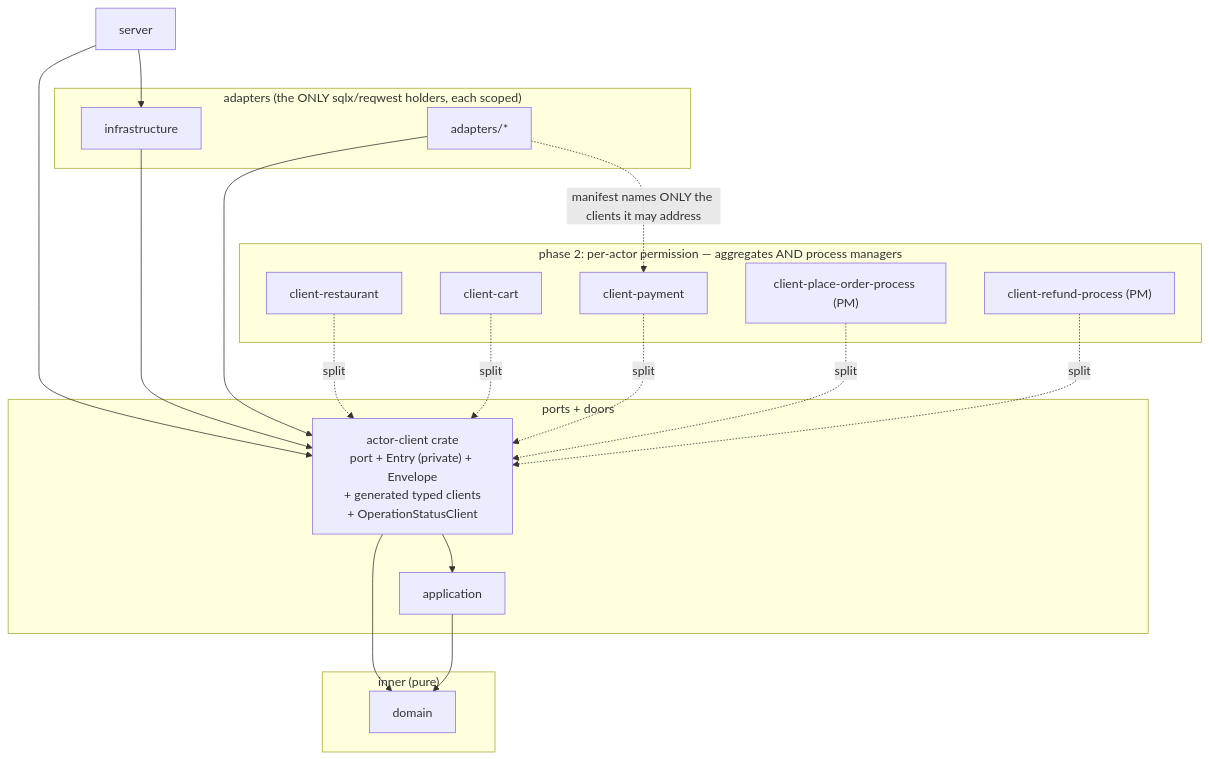
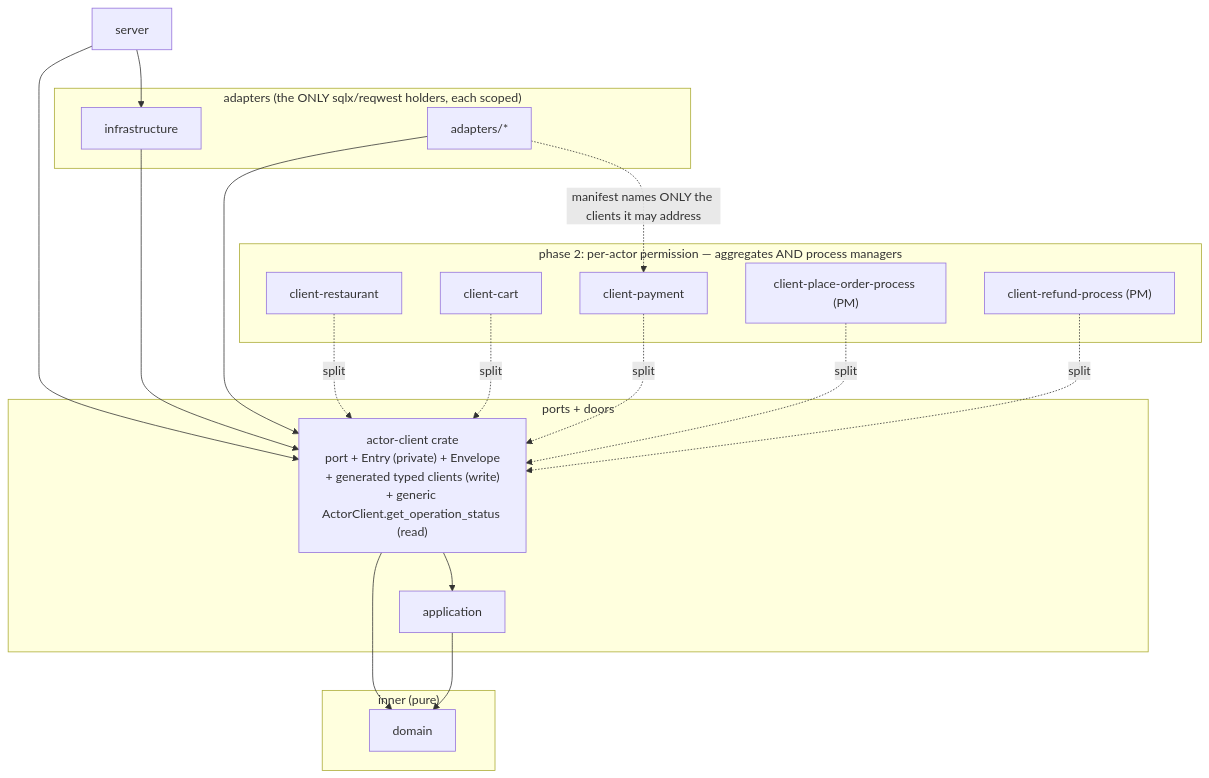
Before and after one commit to TheCaptainCompany/captain-food: the first of 2 diagrams in docs/proposals/PROP-20260802-130500-isolation-by-construction.md, drawn with Mermaid. The commit also changed other lines of this file and 2 other files, not shown here.

First line of the commit message:
docs: the read door is the generic ActorClient.get_operation_status — no separate status client, and not per-actor (#295)

````diff
--- a/docs/proposals/PROP-20260802-130500-isolation-by-construction.md
+++ b/docs/proposals/PROP-20260802-130500-isolation-by-construction.md
@@ -79,25 +79,25 @@
 ```mermaid
 graph TD
     subgraph "inner (pure)"
         domain
     end
     subgraph "ports + doors"
         application --> domain
-        AC["actor-client crate<br/>port + Entry (private) + Envelope<br/>+ generated typed clients<br/>+ OperationStatusClient"] --> domain
+        AC["actor-client crate<br/>port + Entry (private) + Envelope<br/>+ generated typed clients (write)<br/>+ generic ActorClient.get_operation_status (read)"] --> domain
         AC --> application
     end
     subgraph "phase 2: per-actor permission — aggregates AND process managers"
         CR[client-restaurant] -.split.-> AC
         CC[client-cart] -.split.-> AC
         CP[client-payment] -.split.-> AC
         PP["client-place-order-process (PM)"] -.split.-> AC
         RP["client-refund-process (PM)"] -.split.-> AC
     end
     subgraph "adapters (the ONLY sqlx/reqwest holders, each scoped)"
         infrastructure --> AC
         stripe["adapters/*"] --> AC
     end
     server --> AC
     server --> infrastructure
     stripe -. "manifest names ONLY the clients it may address" .-> CP
 ```
````
